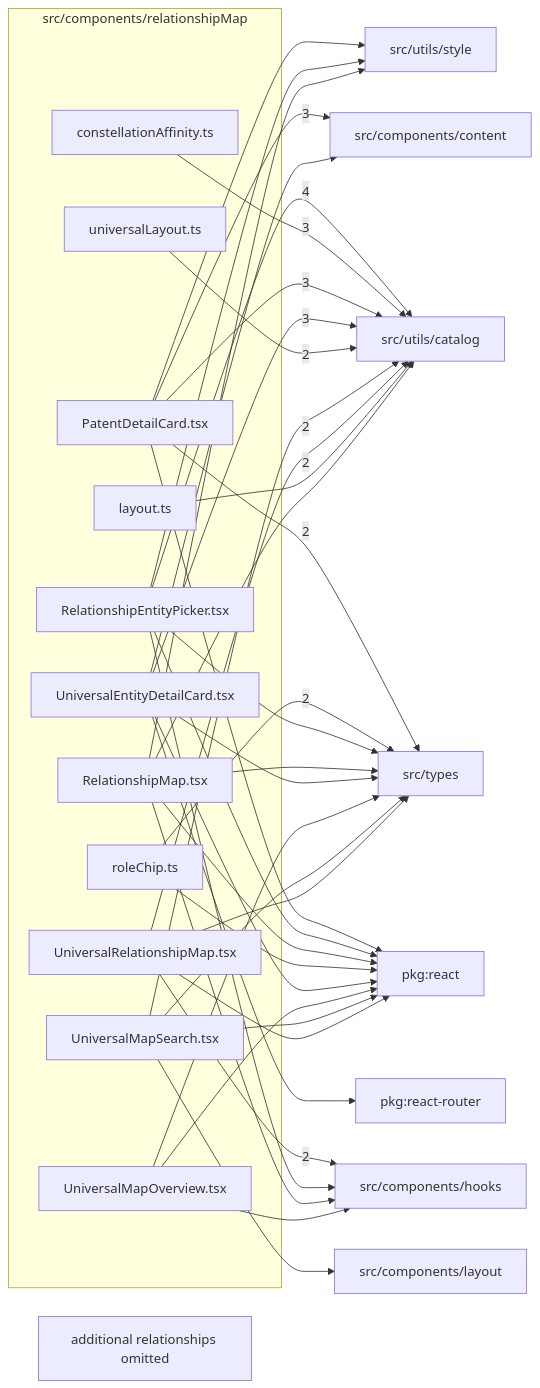
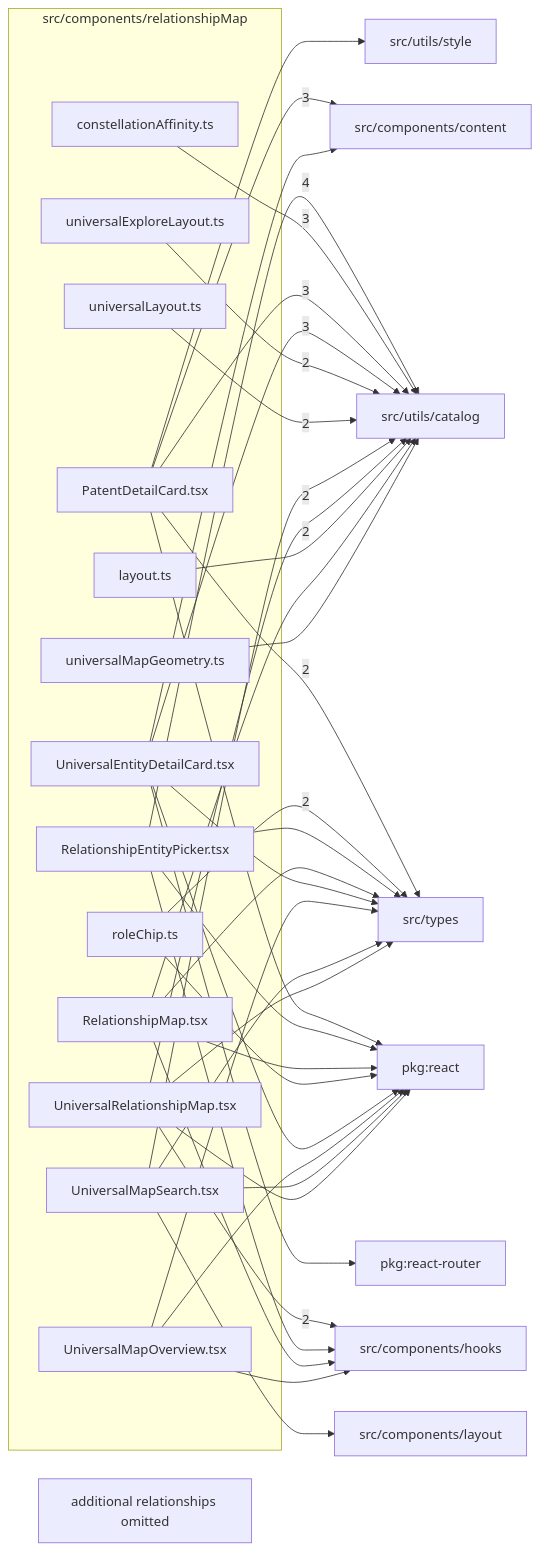
One commit to BeamFour/LensVisualizer changed the diagram in src/components/relationshipMap/readme.md. Above: the diagram before and after it, drawn with Mermaid. The commit also changed other lines of this file and 18 other files, not shown here.

Commit message:
Add universal map projections, connection queries, and view state

````diff
--- a/src/components/relationshipMap/readme.md
+++ b/src/components/relationshipMap/readme.md
@@ -9,61 +9,63 @@
 ```mermaid
 flowchart LR
   subgraph n_src_components_relationshipMap["src/components/relationshipMap"]
     n_src_components_relationshipMap_src_components_relationshipMap_constellationAffinity_ts["constellationAffinity.ts"]
     n_src_components_relationshipMap_src_components_relationshipMap_layout_ts["layout.ts"]
     n_src_components_relationshipMap_src_components_relationshipMap_PatentDetailCard_tsx["PatentDetailCard.tsx"]
     n_src_components_relationshipMap_src_components_relationshipMap_RelationshipEntityPicker_tsx["RelationshipEntityPicker.tsx"]
     n_src_components_relationshipMap_src_components_relationshipMap_RelationshipMap_tsx["RelationshipMap.tsx"]
     n_src_components_relationshipMap_src_components_relationshipMap_roleChip_ts["roleChip.ts"]
     n_src_components_relationshipMap_src_components_relationshipMap_UniversalEntityDetailCard_tsx["UniversalEntityDetailCard.tsx"]
+    n_src_components_relationshipMap_src_components_relationshipMap_universalExploreLayout_ts["universalExploreLayout.ts"]
     n_src_components_relationshipMap_src_components_relationshipMap_universalLayout_ts["universalLayout.ts"]
+    n_src_components_relationshipMap_src_components_relationshipMap_universalMapGeometry_ts["universalMapGeometry.ts"]
     n_src_components_relationshipMap_src_components_relationshipMap_UniversalMapOverview_tsx["UniversalMapOverview.tsx"]
     n_src_components_relationshipMap_src_components_relationshipMap_UniversalMapSearch_tsx["UniversalMapSearch.tsx"]
     n_src_components_relationshipMap_src_components_relationshipMap_UniversalRelationshipMap_tsx["UniversalRelationshipMap.tsx"]
   end
   n_external_src_utils_catalog["src/utils/catalog"]
   n_external_src_components_content["src/components/content"]
   n_external_src_components_hooks["src/components/hooks"]
   n_external_src_types["src/types"]
   n_external_pkg_react["pkg:react"]
   n_external_pkg_react_router["pkg:react-router"]
   n_external_src_components_layout["src/components/layout"]
   n_external_src_utils_style["src/utils/style"]
   n_src_components_relationshipMap_src_components_relationshipMap_RelationshipEntityPicker_tsx --> |4| n_external_src_utils_catalog
   n_src_components_relationshipMap_src_components_relationshipMap_PatentDetailCard_tsx --> |3| n_external_src_components_content
   n_src_components_relationshipMap_src_components_relationshipMap_constellationAffinity_ts --> |3| n_external_src_utils_catalog
   n_src_components_relationshipMap_src_components_relationshipMap_PatentDetailCard_tsx --> |3| n_external_src_utils_catalog
   n_src_components_relationshipMap_src_components_relationshipMap_UniversalEntityDetailCard_tsx --> |3| n_external_src_utils_catalog
   n_src_components_relationshipMap_src_components_relationshipMap_UniversalRelationshipMap_tsx --> |2| n_external_src_components_hooks
   n_src_components_relationshipMap_src_components_relationshipMap_PatentDetailCard_tsx --> |2| n_external_src_types
   n_src_components_relationshipMap_src_components_relationshipMap_roleChip_ts --> |2| n_external_src_types
+  n_src_components_relationshipMap_src_components_relationshipMap_universalExploreLayout_ts --> |2| n_external_src_utils_catalog
   n_src_components_relationshipMap_src_components_relationshipMap_universalLayout_ts --> |2| n_external_src_utils_catalog
   n_src_components_relationshipMap_src_components_relationshipMap_UniversalMapSearch_tsx --> |2| n_external_src_utils_catalog
   n_src_components_relationshipMap_src_components_relationshipMap_UniversalRelationshipMap_tsx --> |2| n_external_src_utils_catalog
   n_src_components_relationshipMap_src_components_relationshipMap_PatentDetailCard_tsx --> n_external_pkg_react
   n_src_components_relationshipMap_src_components_relationshipMap_RelationshipEntityPicker_tsx --> n_external_pkg_react
   n_src_components_relationshipMap_src_components_relationshipMap_RelationshipMap_tsx --> n_external_pkg_react
   n_src_components_relationshipMap_src_components_relationshipMap_roleChip_ts --> n_external_pkg_react
   n_src_components_relationshipMap_src_components_relationshipMap_UniversalEntityDetailCard_tsx --> n_external_pkg_react
   n_src_components_relationshipMap_src_components_relationshipMap_UniversalMapOverview_tsx --> n_external_pkg_react
   n_src_components_relationshipMap_src_components_relationshipMap_UniversalMapSearch_tsx --> n_external_pkg_react
   n_src_components_relationshipMap_src_components_relationshipMap_UniversalRelationshipMap_tsx --> n_external_pkg_react
   n_src_components_relationshipMap_src_components_relationshipMap_UniversalEntityDetailCard_tsx --> n_external_pkg_react_router
   n_src_components_relationshipMap_src_components_relationshipMap_UniversalEntityDetailCard_tsx --> n_external_src_components_content
   n_src_components_relationshipMap_src_components_relationshipMap_RelationshipEntityPicker_tsx --> n_external_src_components_hooks
   n_src_components_relationshipMap_src_components_relationshipMap_RelationshipMap_tsx --> n_external_src_components_hooks
   n_src_components_relationshipMap_src_components_relationshipMap_UniversalMapOverview_tsx --> n_external_src_components_hooks
   n_src_components_relationshipMap_src_components_relationshipMap_UniversalMapSearch_tsx --> n_external_src_components_layout
   n_src_components_relationshipMap_src_components_relationshipMap_RelationshipEntityPicker_tsx --> n_external_src_types
   n_src_components_relationshipMap_src_components_relationshipMap_RelationshipMap_tsx --> n_external_src_types
   n_src_components_relationshipMap_src_components_relationshipMap_UniversalEntityDetailCard_tsx --> n_external_src_types
   n_src_components_relationshipMap_src_components_relationshipMap_UniversalMapOverview_tsx --> n_external_src_types
   n_src_components_relationshipMap_src_components_relationshipMap_UniversalMapSearch_tsx --> n_external_src_types
   n_src_components_relationshipMap_src_components_relationshipMap_UniversalRelationshipMap_tsx --> n_external_src_types
   n_src_components_relationshipMap_src_components_relationshipMap_layout_ts --> n_external_src_utils_catalog
   n_src_components_relationshipMap_src_components_relationshipMap_RelationshipMap_tsx --> n_external_src_utils_catalog
+  n_src_components_relationshipMap_src_components_relationshipMap_universalMapGeometry_ts --> n_external_src_utils_catalog
   n_src_components_relationshipMap_src_components_relationshipMap_PatentDetailCard_tsx --> n_external_src_utils_style
-  n_src_components_relationshipMap_src_components_relationshipMap_RelationshipEntityPicker_tsx --> n_external_src_utils_style
-  n_src_components_relationshipMap_src_components_relationshipMap_RelationshipMap_tsx --> n_external_src_utils_style
   n_src_components_relationshipMap_truncated["additional relationships omitted"]
 ```
````
